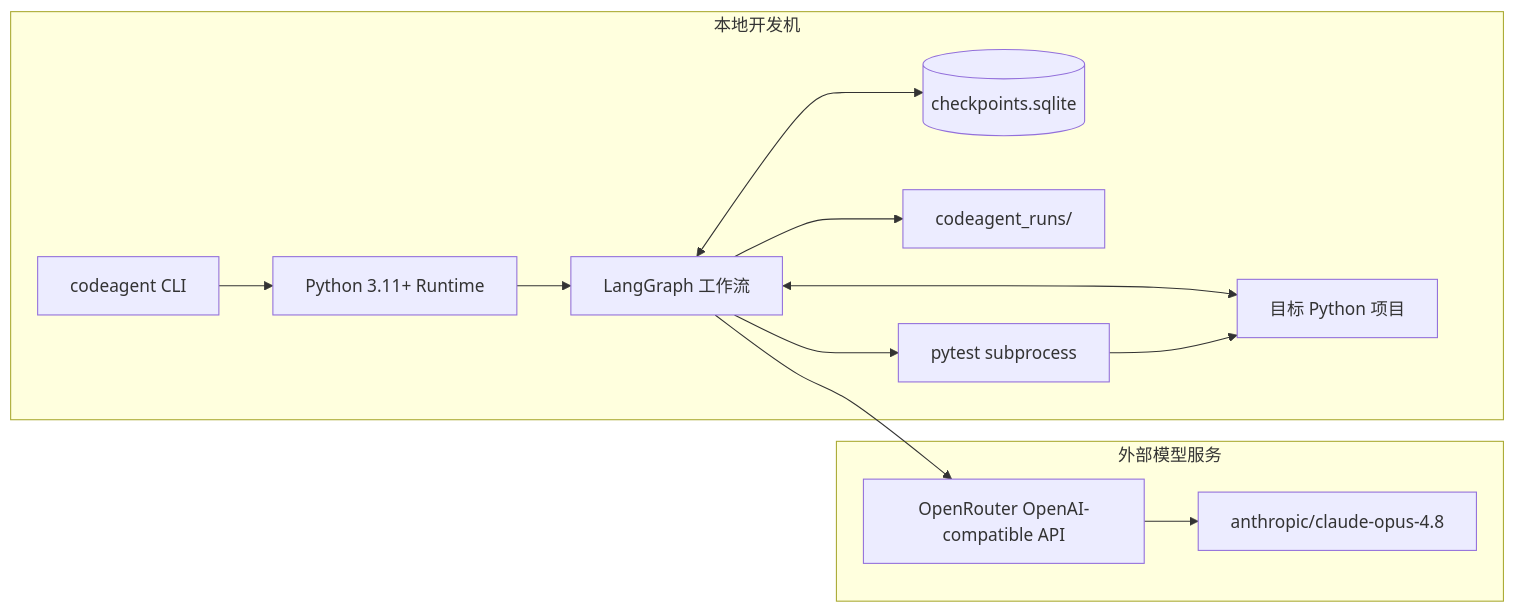
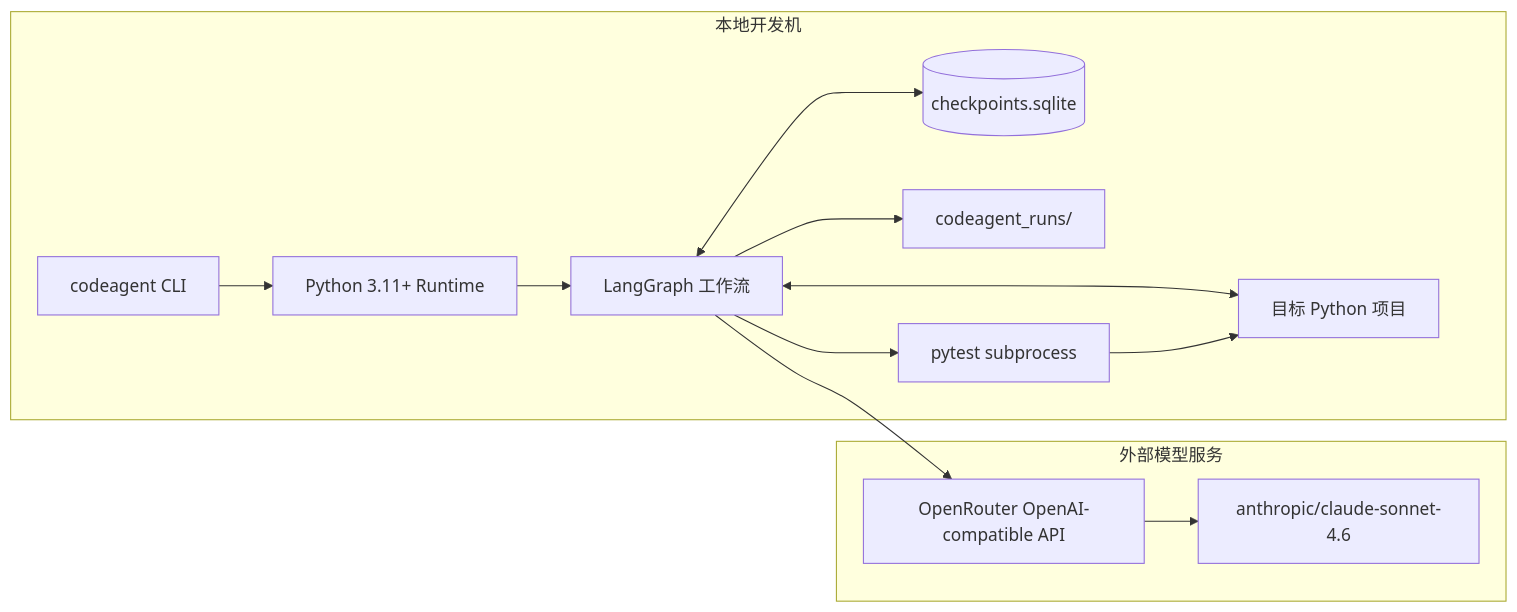
Before and after one commit to JerryChen-USTB/CodeAgent: the third of 3 diagrams in docs/design/01_系统架构设计.md, drawn with Mermaid. The commit also changed 34 other files, not shown here.

````diff
--- a/docs/design/01_系统架构设计.md
+++ b/docs/design/01_系统架构设计.md
@@ -148,24 +148,24 @@
 ```mermaid
 flowchart LR
   subgraph Local[本地开发机]
     CLI[codeagent CLI]
     Python[Python 3.11+ Runtime]
     Graph[LangGraph 工作流]
     SQLite[(checkpoints.sqlite)]
     Repo[目标 Python 项目]
     Runs[codeagent_runs/]
     Pytest[pytest subprocess]
   end
 
   subgraph Remote[外部模型服务]
     OpenRouter[OpenRouter OpenAI-compatible API]
-    Claude[anthropic/claude-opus-4.8]
+    Claude[anthropic/claude-sonnet-4.6]
   end
 
   CLI --> Python --> Graph
   Graph <--> SQLite
   Graph <--> Repo
   Graph --> Runs
   Graph --> Pytest --> Repo
   Graph --> OpenRouter --> Claude
 ```
````
